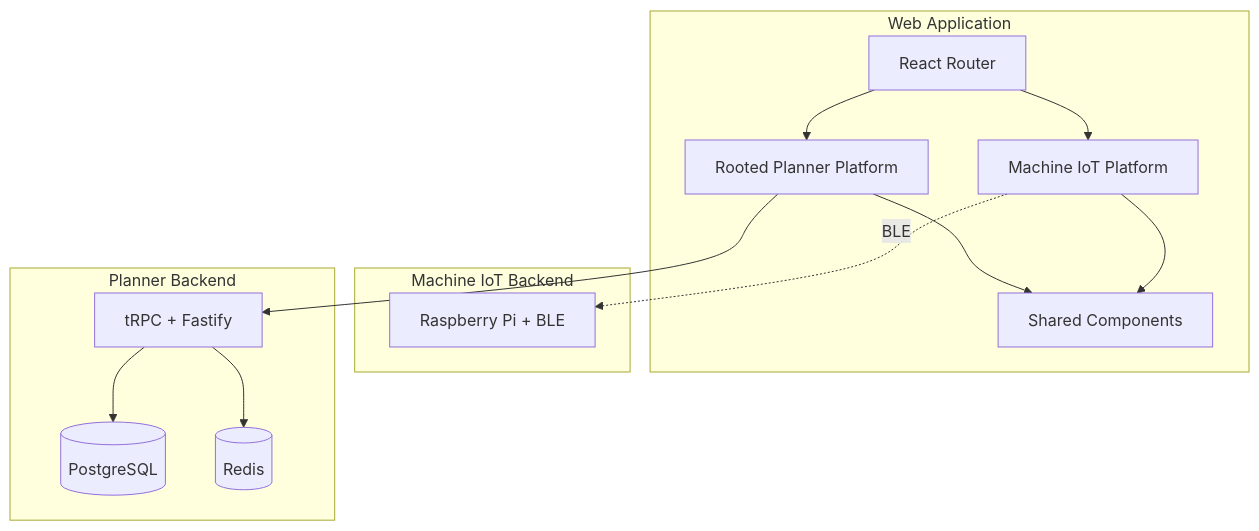
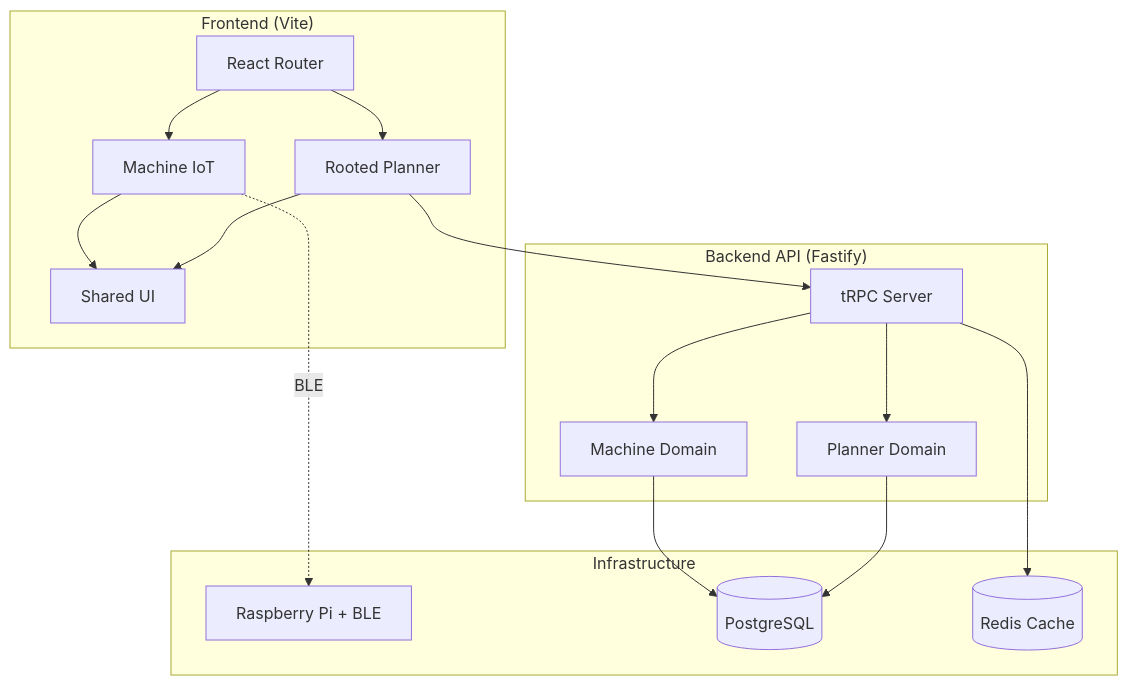
The diagram in README.md (newrootedgit/Rooted-Web-App), drawn with Mermaid before and after one commit. The commit also changed other lines of this file and 2 other files, not shown here.

````diff
--- a/README.md
+++ b/README.md
@@ -40,28 +53,33 @@
 ```mermaid
 graph TB
-    subgraph "Web Application"
+    subgraph "Frontend (Vite)"
         ROUTER[React Router]
-        MACHINES[Machine IoT Platform]
-        PLANNER[Rooted Planner Platform]
-        SHARED[Shared Components]
+        MACHINES[Machine IoT]
+        PLANNER[Rooted Planner]
+        SHARED[Shared UI]
     end
     
-    subgraph "Machine IoT Backend"
-        PI[Raspberry Pi + BLE]
+    subgraph "Backend API (Fastify)"
+        API[tRPC Server]
+        MACHINE_DOMAIN[Machine Domain]
+        PLANNER_DOMAIN[Planner Domain]
     end
     
-    subgraph "Planner Backend"
-        API[tRPC + Fastify]
+    subgraph "Infrastructure"
+        PI[Raspberry Pi + BLE]
         DB[(PostgreSQL)]
-        REDIS[(Redis)]
+        REDIS[(Redis Cache)]
     end
     
     ROUTER --> MACHINES
     ROUTER --> PLANNER
     MACHINES --> SHARED
     PLANNER --> SHARED
     MACHINES -.BLE.-> PI
     PLANNER --> API
-    API --> DB
+    API --> MACHINE_DOMAIN
+    API --> PLANNER_DOMAIN
+    MACHINE_DOMAIN --> DB
+    PLANNER_DOMAIN --> DB
     API --> REDIS
 ```
````
